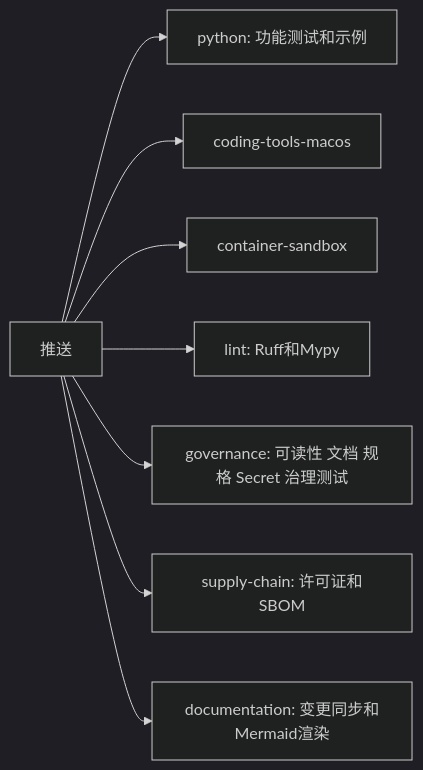
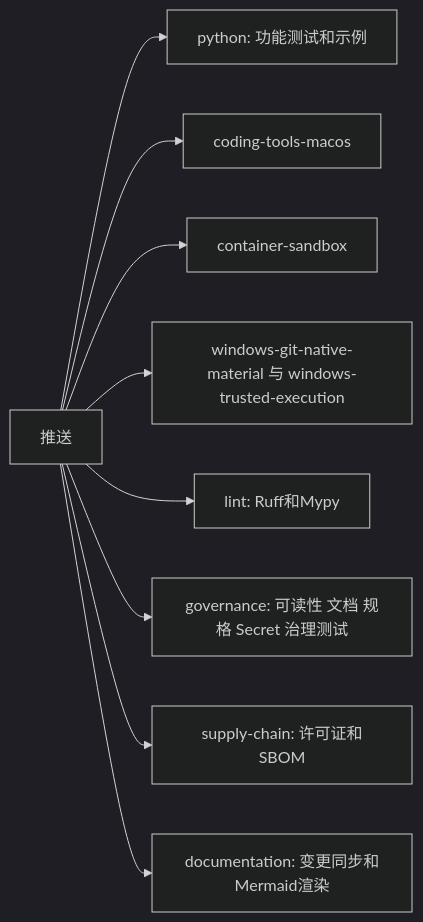
The diagram in docs/changes/p0-ci-gate-recovery.md (carrie1988/Harnessix), drawn with Mermaid (dark theme) before and after one commit. The commit also changed other lines of this file and 12 other files, not shown here.

````diff
--- a/docs/changes/p0-ci-gate-recovery.md
+++ b/docs/changes/p0-ci-gate-recovery.md
@@ -42,10 +42,11 @@
 ```mermaid
 flowchart LR
     Push[推送] --> Python[python: 功能测试和示例]
     Push --> Mac[coding-tools-macos]
     Push --> Container[container-sandbox]
+    Push --> Win[windows-git-native-material 与 windows-trusted-execution]
     Push --> Lint[lint: Ruff和Mypy]
     Push --> Gov[governance: 可读性 文档 规格 Secret 治理测试]
     Push --> Supply[supply-chain: 许可证和SBOM]
     Push --> Doc[documentation: 变更同步和Mermaid渲染]
 ```
````
